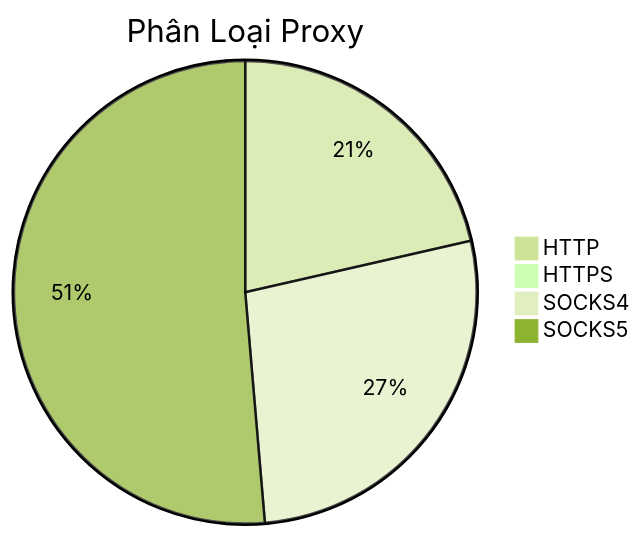
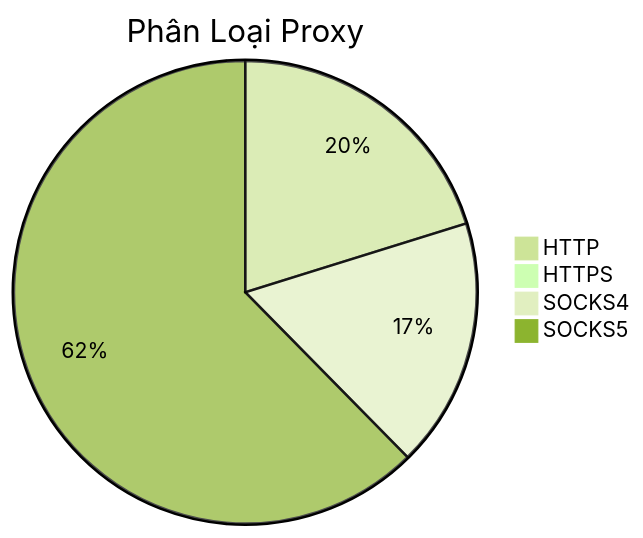
Before and after one commit to Ciara-12/PROXY-free: the diagram in README.md, drawn with Mermaid (forest theme). The commit also changed other lines of this file and 4 other files, not shown here.

````diff
--- a/README.md
+++ b/README.md
@@ -26,7 +26,7 @@
 ```mermaid
 pie title Phân Loại Proxy
-    "HTTP" : 285
-    "HTTPS" : 1
-    "SOCKS4" : 362
-    "SOCKS5" : 683
+    "HTTP" : 271
+    "HTTPS" : 0
+    "SOCKS4" : 234
+    "SOCKS5" : 837
 ```
````
